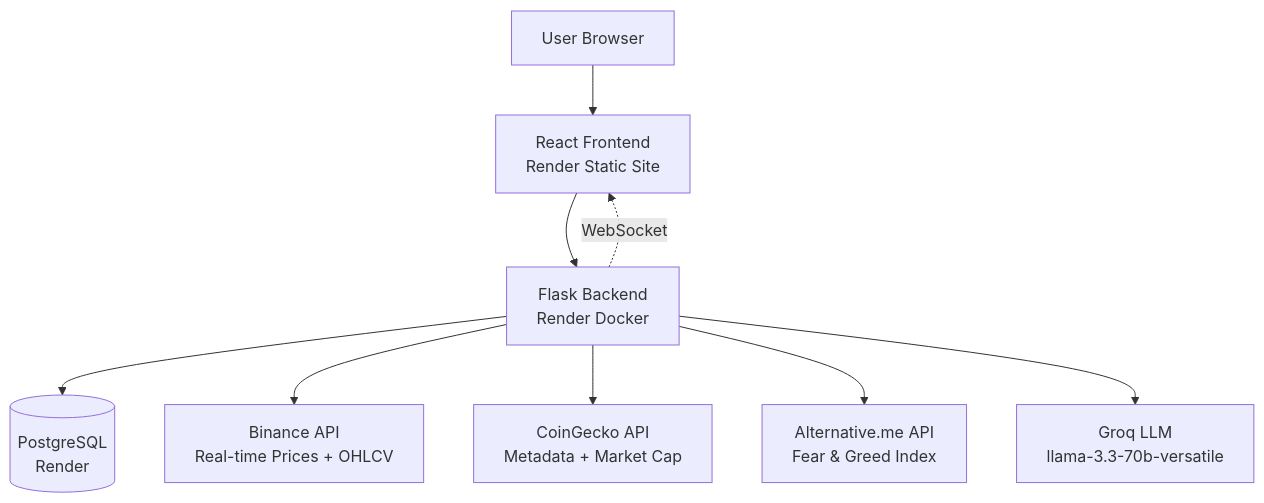
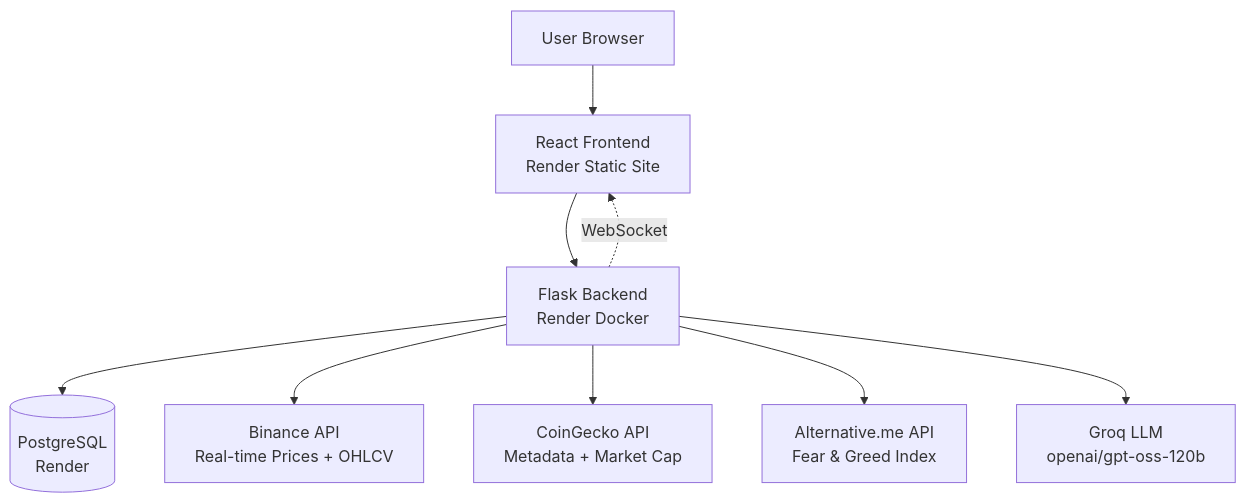
One commit to Ell-716/BASI-Crypto-Agent changed the diagram in README.md. Above: the diagram before and after it, drawn with Mermaid. The commit also changed other lines of this file and 2 other files, not shown here.

Commit message:
chore: migrate Groq model llama-3.3-70b-versatile → gpt-oss-120b (env-driven)

````diff
--- a/README.md
+++ b/README.md
@@ -19,11 +19,11 @@
 ```mermaid
 graph TB
     User[User Browser] --> Frontend[React Frontend<br/>Render Static Site]
     Frontend --> Backend[Flask Backend<br/>Render Docker]
     Backend --> DB[(PostgreSQL<br/>Render)]
     Backend --> Binance[Binance API<br/>Real-time Prices + OHLCV]
     Backend --> CoinGecko[CoinGecko API<br/>Metadata + Market Cap]
     Backend --> FearGreed[Alternative.me API<br/>Fear & Greed Index]
-    Backend --> Groq[Groq LLM<br/>llama-3.3-70b-versatile]
+    Backend --> Groq[Groq LLM<br/>openai/gpt-oss-120b]
     Backend -.WebSocket.-> Frontend
 ```
````
